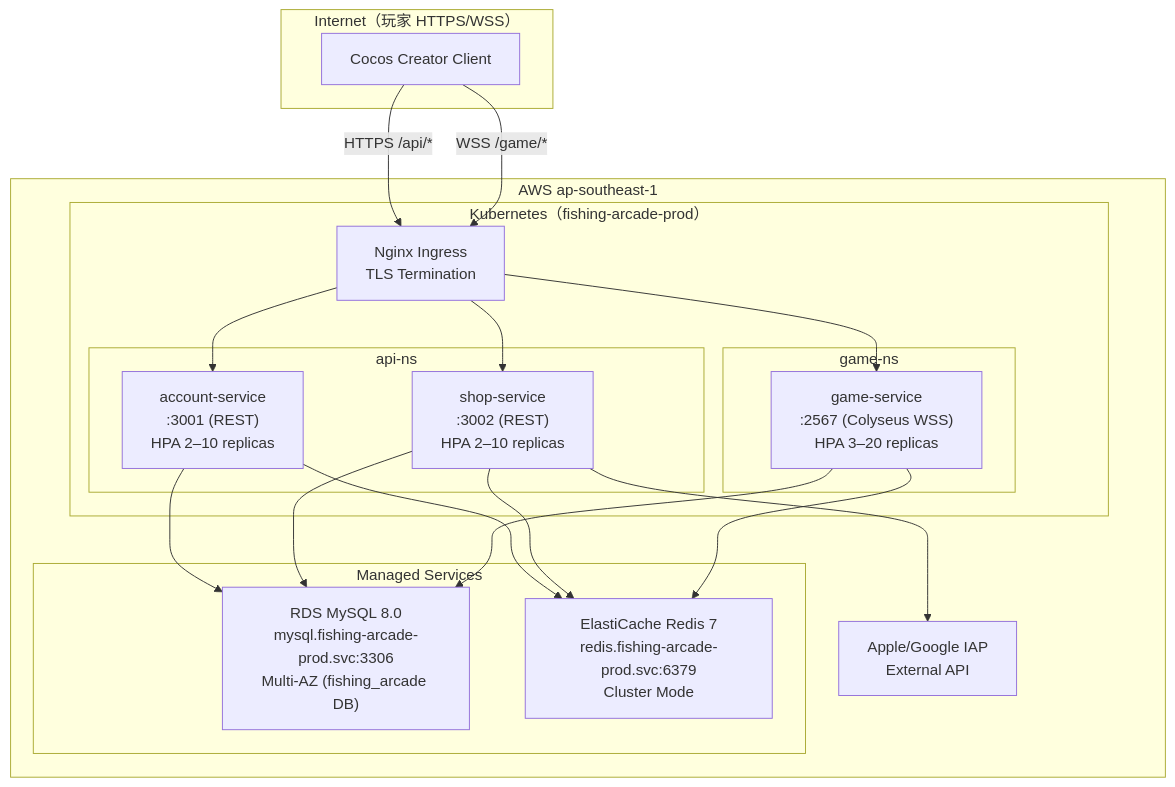
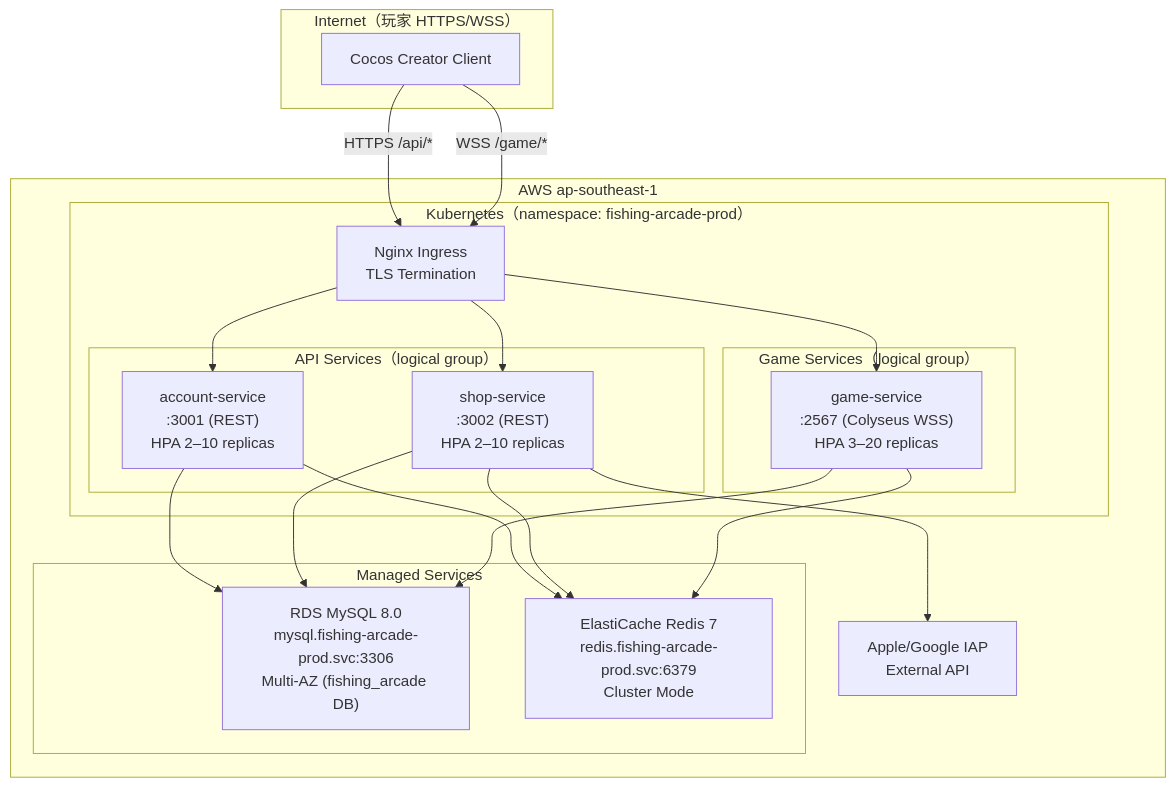
Before and after one commit to ibalasite/fishgame: the first of 2 diagrams in docs/RUNBOOK.md, drawn with Mermaid. The commit also changed other lines of this file, not shown here.

````diff
--- a/docs/RUNBOOK.md
+++ b/docs/RUNBOOK.md
@@ -54,36 +85,36 @@
 ```mermaid
 graph TD
     subgraph Internet["Internet（玩家 HTTPS/WSS）"]
         Client["Cocos Creator Client"]
     end
     subgraph AWS["AWS ap-southeast-1"]
-        subgraph k8s["Kubernetes（fishing-arcade-prod）"]
+        subgraph k8s["Kubernetes（namespace: fishing-arcade-prod）"]
             Ingress["Nginx Ingress\nTLS Termination"]
-            subgraph GameNS["game-ns"]
+            subgraph GameServices["Game Services（logical group）"]
                 GameSvc["game-service\n:2567 (Colyseus WSS)\nHPA 3–20 replicas"]
             end
-            subgraph ApiNS["api-ns"]
+            subgraph ApiServices["API Services（logical group）"]
                 AccountSvc["account-service\n:3001 (REST)\nHPA 2–10 replicas"]
                 ShopSvc["shop-service\n:3002 (REST)\nHPA 2–10 replicas"]
             end
         end
         subgraph Managed["Managed Services"]
             RDS["RDS MySQL 8.0\nmysql.fishing-arcade-prod.svc:3306\nMulti-AZ (fishing_arcade DB)"]
             Redis["ElastiCache Redis 7\nredis.fishing-arcade-prod.svc:6379\nCluster Mode"]
         end
         IAP["Apple/Google IAP\nExternal API"]
     end
 
     Client -->|HTTPS /api/*| Ingress
     Client -->|WSS /game/*| Ingress
     Ingress --> AccountSvc
     Ingress --> ShopSvc
     Ingress --> GameSvc
     AccountSvc --> RDS
     AccountSvc --> Redis
     ShopSvc --> RDS
     ShopSvc --> Redis
     ShopSvc --> IAP
     GameSvc --> RDS
     GameSvc --> Redis
 ```
````
